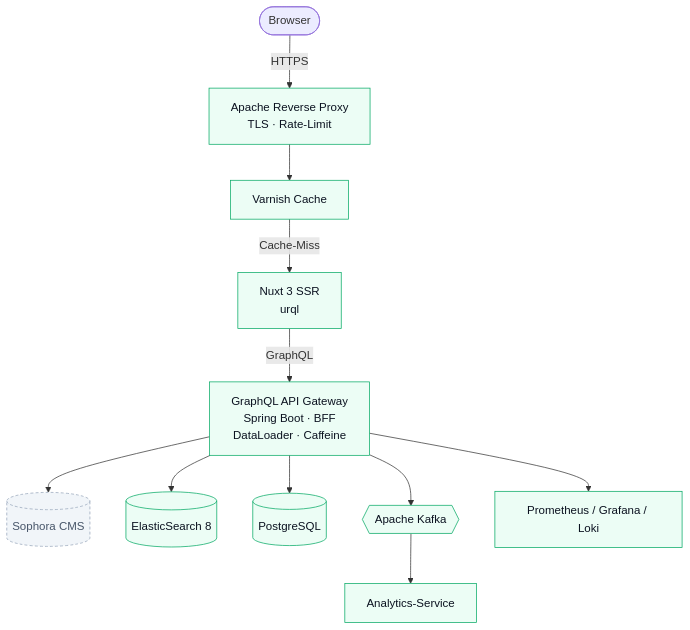
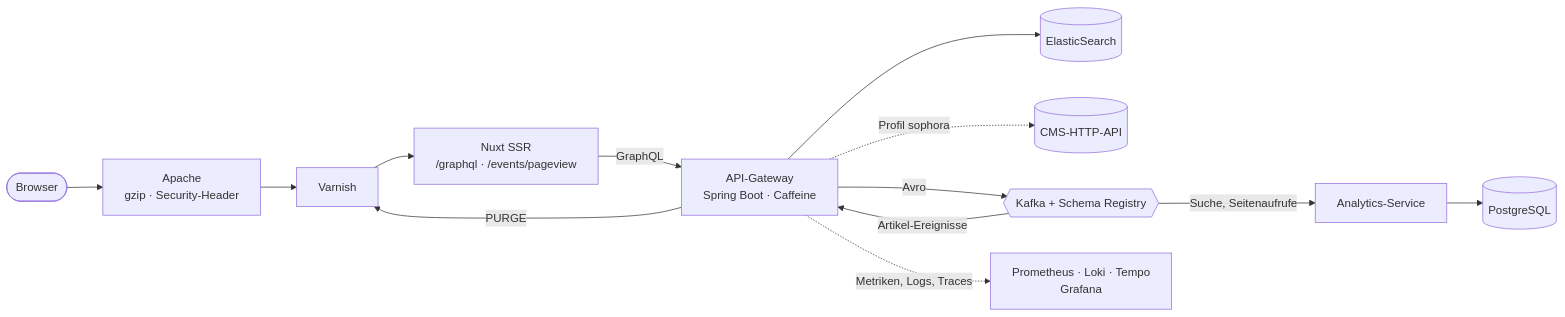
The diagram in README.md (AdrianDeutsch/newscore), drawn with Mermaid before and after one commit. The commit also changed other lines of this file and 12 other files, not shown here.

````diff
--- a/README.md
+++ b/README.md
@@ -93,18 +106,15 @@
 ```mermaid
-flowchart TD
-    User([Browser]) -->|HTTPS| Apache[Apache Reverse Proxy<br/>TLS · Rate-Limit]
-    Apache --> Varnish[Varnish Cache]
-    Varnish -->|Cache-Miss| Nuxt[Nuxt 3 SSR<br/>urql]
-    Nuxt -->|GraphQL| GW[GraphQL API Gateway<br/>Spring Boot · BFF<br/>DataLoader · Caffeine]
-    GW --> CMS[(Sophora CMS)]
-    GW --> ES[(ElasticSearch 8)]
-    GW --> PG[(PostgreSQL)]
-    GW --> Kafka{{Apache Kafka}}
-    Kafka --> Analytics[Analytics-Service]
-    GW --> Prom[Prometheus / Grafana / Loki]
-
-    classDef done fill:#ecfdf5,stroke:#00a862,color:#0b1220;
-    classDef soon fill:#f1f5f9,stroke:#94a3b8,color:#475569,stroke-dasharray:4 3;
-    class Nuxt,GW,ES,Kafka,Analytics,PG,Prom,Apache,Varnish done;
-    class CMS soon;
+flowchart LR
+    Browser([Browser]) --> Apache["Apache<br/>gzip · Security-Header"]
+    Apache --> Varnish[Varnish]
+    Varnish --> Nuxt["Nuxt SSR<br/>/graphql · /events/pageview"]
+    Nuxt -->|GraphQL| GW["API-Gateway<br/>Spring Boot · Caffeine"]
+    GW --> ES[(ElasticSearch)]
+    GW -.->|Profil sophora| CMS[(CMS-HTTP-API)]
+    GW -->|Avro| Kafka{{Kafka + Schema Registry}}
+    Kafka -->|Artikel-Ereignisse| GW
+    GW -->|PURGE| Varnish
+    Kafka -->|Suche, Seitenaufrufe| Analytics[Analytics-Service]
+    Analytics --> PG[(PostgreSQL)]
+    GW -.->|Metriken, Logs, Traces| Obs["Prometheus · Loki · Tempo<br/>Grafana"]
 ```
````
